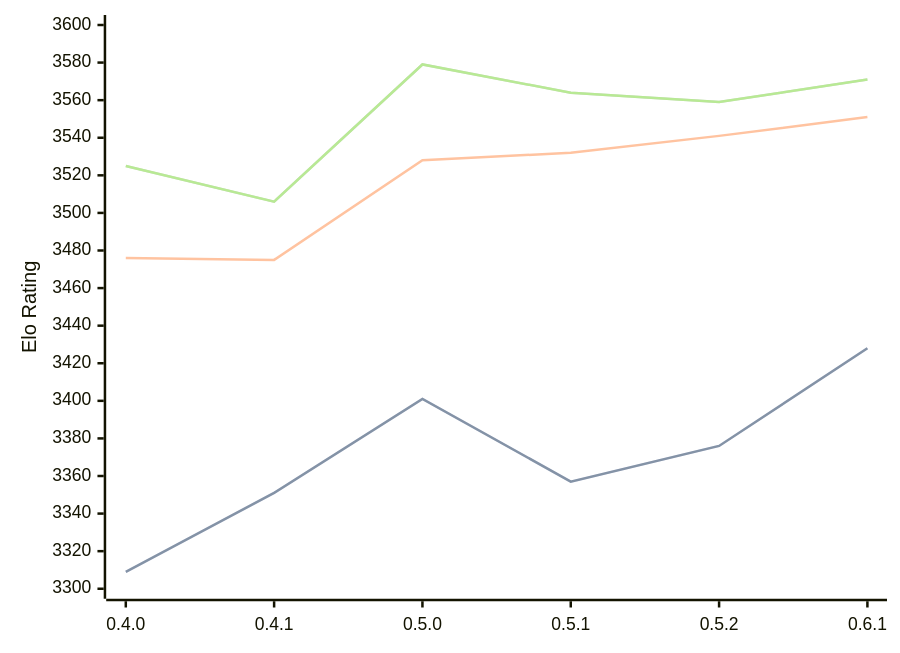
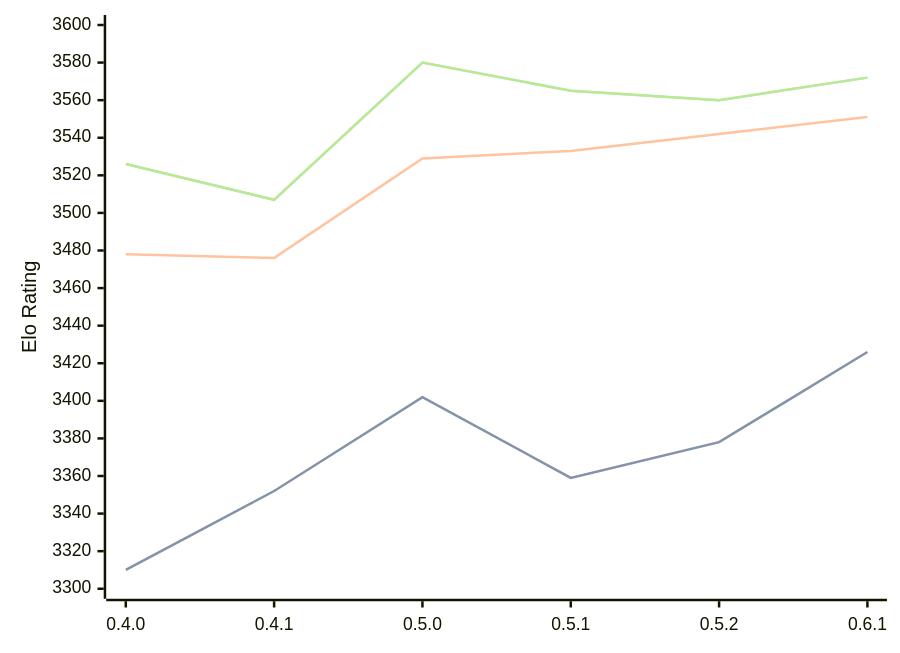
The diagram in engines/Cinder.md (computer-chess-index/cci), drawn with Mermaid before and after one commit. The commit also changed other lines of this file, not shown here.

Commit message:
Update CCI Ratings (ELO VLTC) - 2026-08-26

````diff
--- a/engines/Cinder.md
+++ b/engines/Cinder.md
@@ -37,11 +37,11 @@
 ```mermaid
 %%{init: {"theme":"base","themeVariables":{"seriesColors:['#a3a3a3','#222221','#faa371']}}}%%
 xychart-beta
   x-axis ["0.4.0", "0.4.1", "0.5.0", "0.5.1", "0.5.2", "0.6.1"]
   y-axis "Elo Rating" 3300 --> 3600
-  line "STC (8.0+0.08s)" [3309, 3351, 3401, 3357, 3376, 3428]
-  line "STC (8.0+0.08s)" [3309, 3351, 3401, 3357, 3376, 3428]
-  line "LTC (60.0+0.60s)" [3476, 3475, 3528, 3532, 3541, 3551]
-  line "VLTC (2m24s+1.12s)" [3525, 3506, 3579, 3564, 3559, 3571]
-  line "VLTC (2m24s+1.12s)" [3525, 3506, 3579, 3564, 3559, 3571]
+  line "STC (8.0+0.08s)" [3310, 3352, 3402, 3359, 3378, 3426]
+  line "STC (8.0+0.08s)" [3310, 3352, 3402, 3359, 3378, 3426]
+  line "LTC (60.0+0.60s)" [3478, 3476, 3529, 3533, 3542, 3551]
+  line "VLTC (2m24s+1.12s)" [3526, 3507, 3580, 3565, 3560, 3572]
+  line "VLTC (2m24s+1.12s)" [3526, 3507, 3580, 3565, 3560, 3572]
 ```
````
